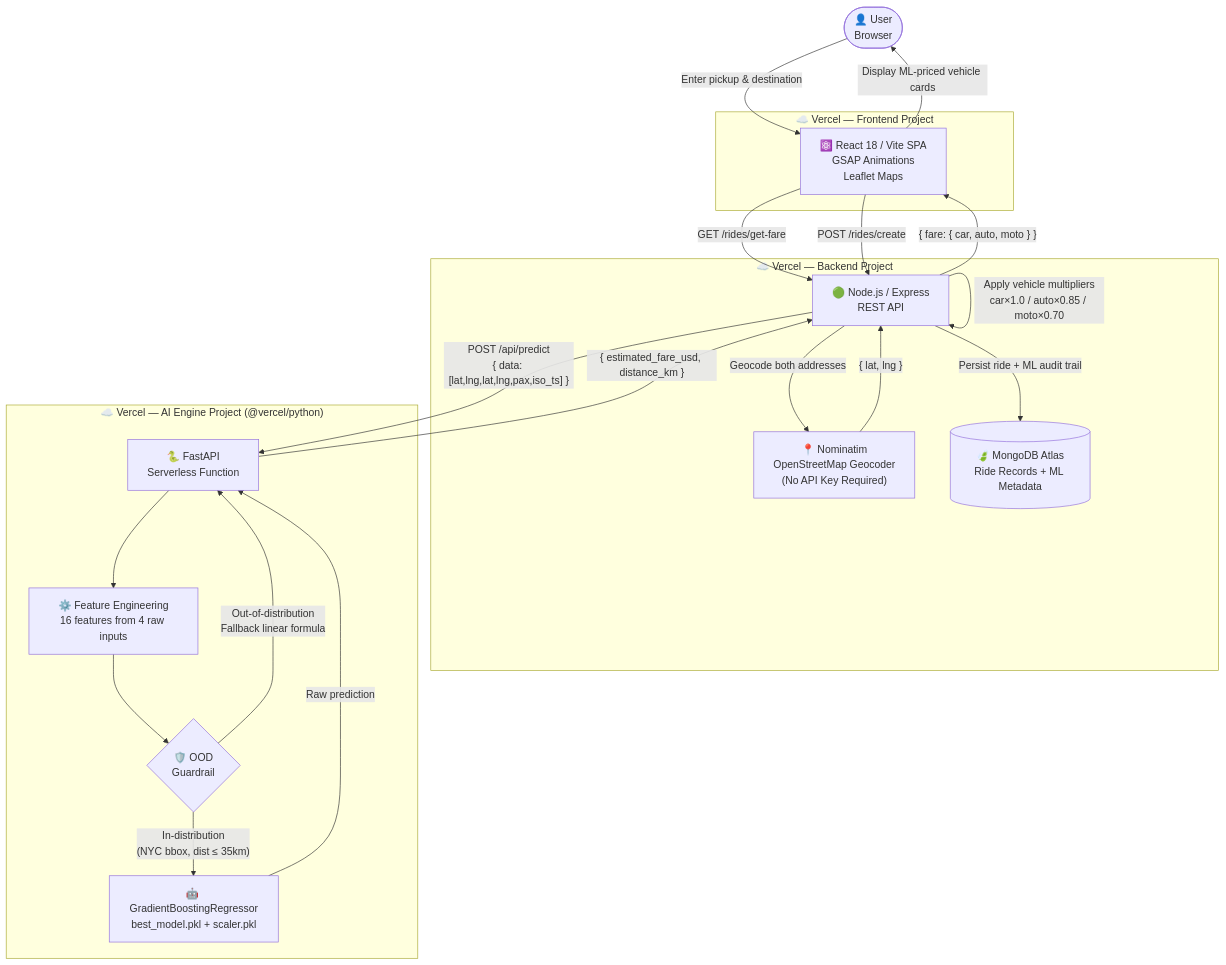
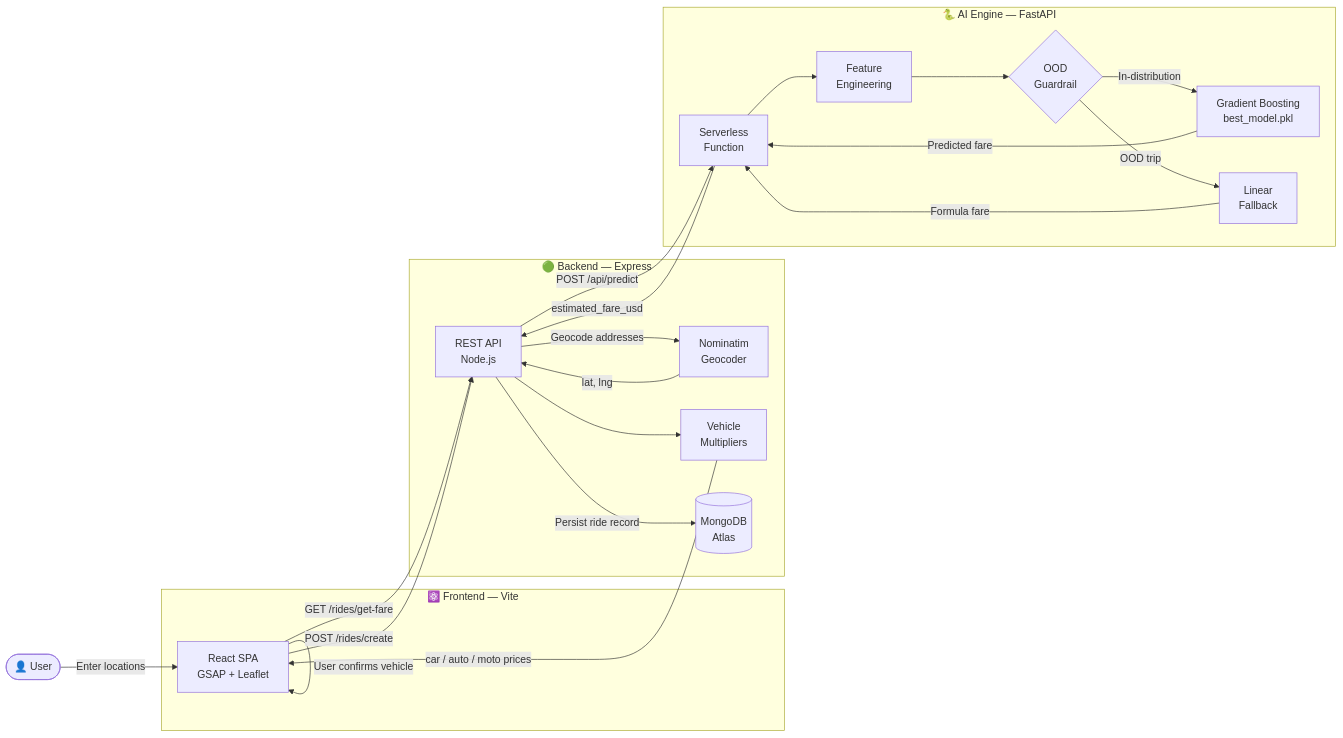
Before and after one commit to HassanAhmed2Ha/uber-dynamic-pricing-platform: the diagram in README.md, drawn with Mermaid. The commit also changed other lines of this file, not shown here.

````diff
--- a/README.md
+++ b/README.md
@@ -32,38 +48,41 @@
 ```mermaid
-flowchart TD
-    User(["👤 User\nBrowser"])
+graph LR
+    User(["👤 User"])
 
-    subgraph FE_Vercel ["☁️ Vercel — Frontend Project"]
-        FE["⚛️ React 18 / Vite SPA\nGSAP Animations\nLeaflet Maps"]
+    subgraph FE ["⚛️ Frontend — Vite"]
+        UI["React SPA<br>GSAP + Leaflet"]
     end
 
-    subgraph BE_Vercel ["☁️ Vercel — Backend Project"]
-        BE["🟢 Node.js / Express\nREST API"]
-        GEO["📍 Nominatim\nOpenStreetMap Geocoder\n(No API Key Required)"]
-        DB[("🍃 MongoDB Atlas\nRide Records + ML Metadata")]
+    subgraph BE ["🟢 Backend — Express"]
+        API["REST API<br>Node.js"]
+        GEO["Nominatim<br>Geocoder"]
+        MULT["Vehicle<br>Multipliers"]
+        DB[("MongoDB<br>Atlas")]
     end
 
-    subgraph AI_Vercel ["☁️ Vercel — AI Engine Project (@vercel/python)"]
-        FN["🐍 FastAPI\nServerless Function"]
-        FE_PIPELINE["⚙️ Feature Engineering\n16 features from 4 raw inputs"]
-        MODEL["🤖 GradientBoostingRegressor\nbest_model.pkl + scaler.pkl"]
-        OOD{"🛡️ OOD\nGuardrail"}
+    subgraph AI ["🐍 AI Engine — FastAPI"]
+        FN["Serverless<br>Function"]
+        ENG["Feature<br>Engineering"]
+        OOD{"OOD<br>Guardrail"}
+        MODEL["Gradient Boosting<br>best_model.pkl"]
+        LINEAR["Linear<br>Fallback"]
     end
 
-    User -->|"Enter pickup & destination"| FE
-    FE -->|"GET /rides/get-fare"| BE
-    BE -->|"Geocode both addresses"| GEO
-    GEO -->|"{ lat, lng }"| BE
-    BE -->|"POST /api/predict\n{ data: [lat,lng,lat,lng,pax,iso_ts] }"| FN
-    FN --> FE_PIPELINE
-    FE_PIPELINE --> OOD
-    OOD -->|"In-distribution\n(NYC bbox, dist ≤ 35km)"| MODEL
-    OOD -->|"Out-of-distribution\nFallback linear formula"| FN
-    MODEL -->|"Raw prediction"| FN
-    FN -->|"{ estimated_fare_usd, distance_km }"| BE
-    BE -->|"Apply vehicle multipliers\ncar×1.0 / auto×0.85 / moto×0.70"| BE
-    BE -->|"{ fare: { car, auto, moto } }"| FE
-    FE -->|"Display ML-priced vehicle cards"| User
-    FE -->|"POST /rides/create"| BE
-    BE -->|"Persist ride + ML audit trail"| DB
+    User -->|"Enter locations"| UI
+    UI -->|"GET /rides/get-fare"| API
+    API -->|"Geocode addresses"| GEO
+    GEO -->|"lat, lng"| API
+    API -->|"POST /api/predict"| FN
+    FN --> ENG
+    ENG --> OOD
+    OOD -->|"In-distribution"| MODEL
+    OOD -->|"OOD trip"| LINEAR
+    MODEL -->|"Predicted fare"| FN
+    LINEAR -->|"Formula fare"| FN
+    FN -->|"estimated_fare_usd"| API
+    API --> MULT
+    MULT -->|"car / auto / moto prices"| UI
+    UI -->|"User confirms vehicle"| UI
+    UI -->|"POST /rides/create"| API
+    API -->|"Persist ride record"| DB
 ```
````
